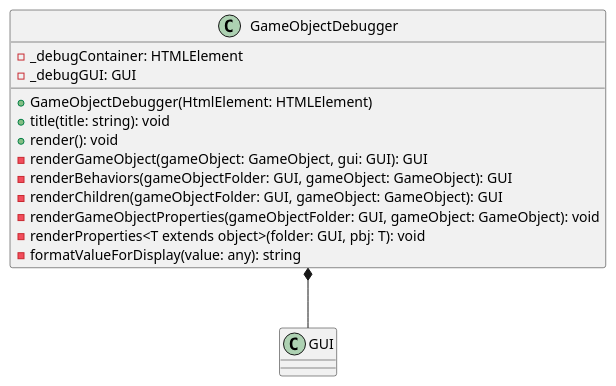
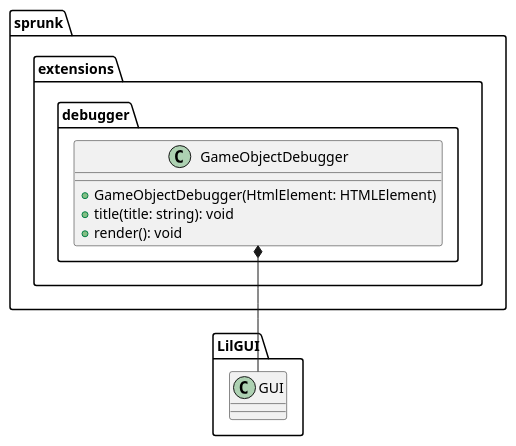
Before and after one commit to CPNV-ES/game-engine: the diagram in doc/extensions/debugger/debugger.puml, drawn with PlantUML. The commit also changed 4 other files, not shown here.

Commit message:
feat: enhance class diagrams (uniformize by providing packages)

```diff
--- a/doc/extensions/debugger/debugger.puml
+++ b/doc/extensions/debugger/debugger.puml
@@ -1,22 +1,17 @@
 @startuml Debugger
 
-class GameObjectDebugger {
-    - _debugContainer: HTMLElement
-    - _debugGUI: GUI
-    + GameObjectDebugger(HtmlElement: HTMLElement)
-    + title(title: string): void
-    + render(): void
-    - renderGameObject(gameObject: GameObject, gui: GUI): GUI
-    - renderBehaviors(gameObjectFolder: GUI, gameObject: GameObject): GUI
-    - renderChildren(gameObjectFolder: GUI, gameObject: GameObject): GUI
-    - renderGameObjectProperties(gameObjectFolder: GUI, gameObject: GameObject): void
-    - renderProperties<T extends object>(folder: GUI, pbj: T): void
-    - formatValueForDisplay(value: any): string
+package sprunk.extensions.debugger {
+    class GameObjectDebugger {
+        + GameObjectDebugger(HtmlElement: HTMLElement)
+        + title(title: string): void
+        + render(): void
+    }
 }
 
-class GUI {
+package "LilGUI" {
+    class GUI
 }
 
 GameObjectDebugger *-- GUI
 
 @enduml
```
